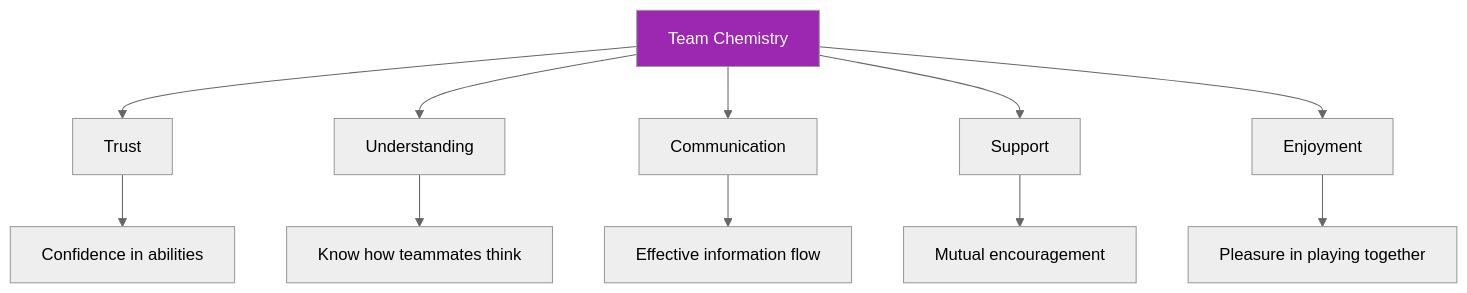
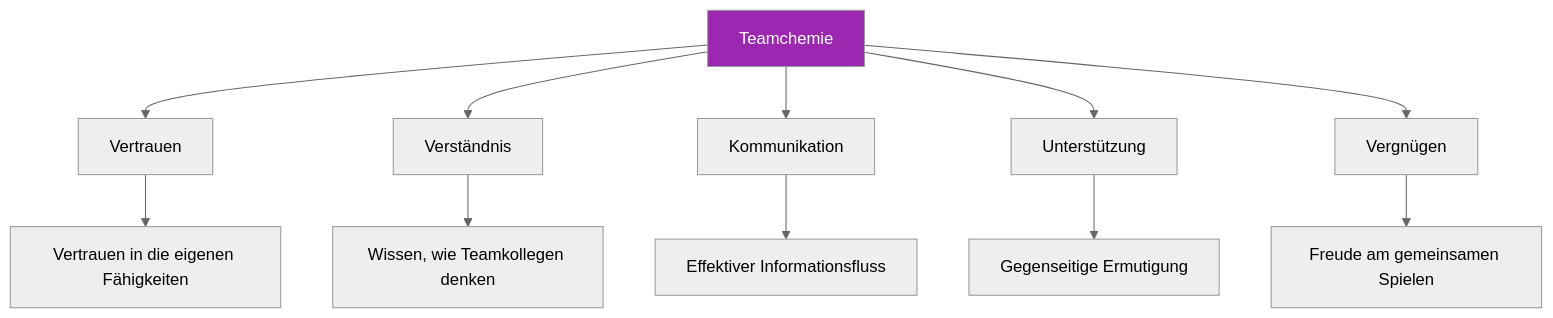
One commit to patwii/petanque-academy changed the diagram in docs/de/articles/team-chemistry.md. Above: the diagram before and after it, drawn with Mermaid (neutral theme). The commit also changed other lines of this file and 550 other files, not shown here.

````diff
--- a/docs/de/articles/team-chemistry.md
+++ b/docs/de/articles/team-chemistry.md
@@ -20,16 +20,16 @@
 ```mermaid
 flowchart TD
-    A[Team Chemistry] --> B[Trust]
-    A --> C[Understanding]
-    A --> D[Communication]
-    A --> E[Support]
-    A --> F[Enjoyment]
+    A[Teamchemie] --> B[Vertrauen]
+    A --> C[Verständnis]
+    A --> D[Kommunikation]
+    A --> E[Unterstützung]
+    A --> F[Vergnügen]
 
-    B --> G[Confidence in abilities]
-    C --> H[Know how teammates think]
-    D --> I[Effective information flow]
-    E --> J[Mutual encouragement]
-    F --> K[Pleasure in playing together]
+    B --> G[Vertrauen in die eigenen Fähigkeiten]
+    C --> H[Wissen, wie Teamkollegen denken]
+    D --> I[Effektiver Informationsfluss]
+    E --> J[Gegenseitige Ermutigung]
+    F --> K[Freude am gemeinsamen Spielen]
 
     style A fill:#9C27B0,color:#fff
 ```
````
